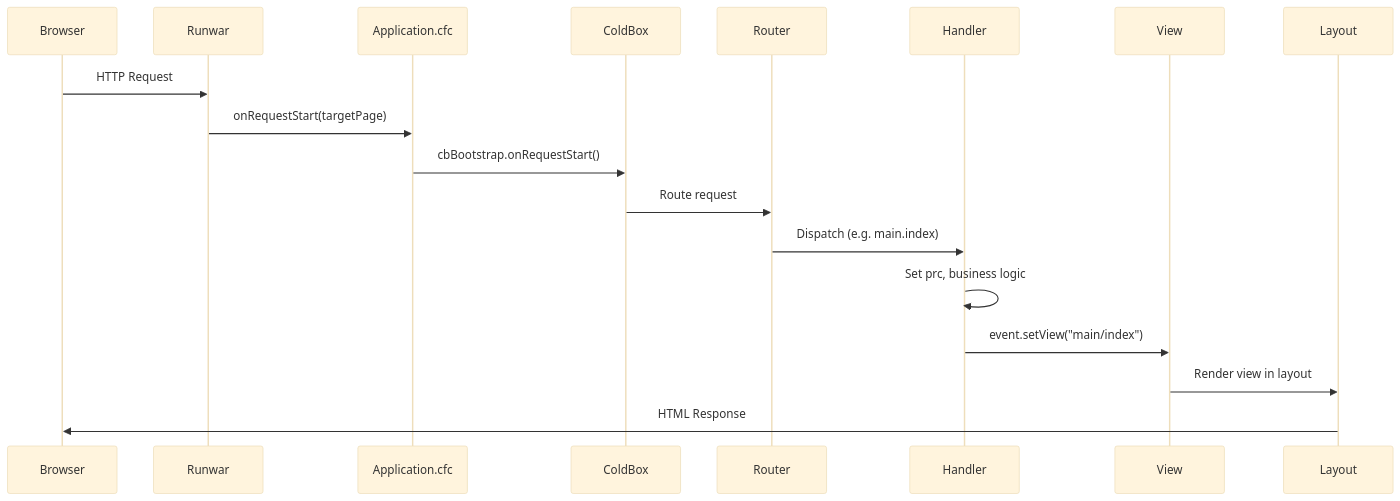
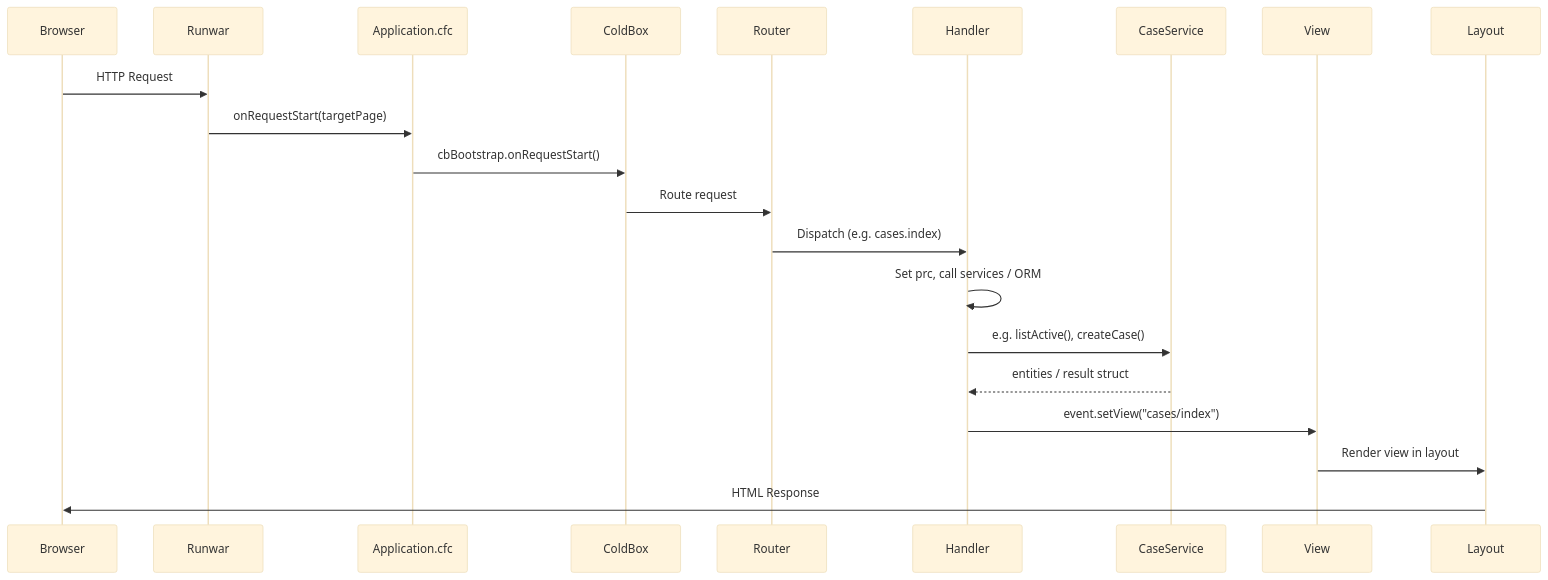
One commit to mattburnett-repo/servepoint changed the first of 2 diagrams in design/mermaid/request-lifecycle.md. Above: the diagram before and after it, drawn with Mermaid (base theme). The commit also changed other lines of this file and 24 other files, not shown here.

````diff
--- a/design/mermaid/request-lifecycle.md
+++ b/design/mermaid/request-lifecycle.md
@@ -5,21 +5,24 @@
 ```mermaid
 sequenceDiagram
     participant Browser
     participant Runwar
     participant AppCfc as Application.cfc
     participant ColdBox
     participant Router
     participant Handler
+    participant Service as CaseService
     participant View
     participant Layout
 
     Browser->>Runwar: HTTP Request
     Runwar->>AppCfc: onRequestStart(targetPage)
     AppCfc->>ColdBox: cbBootstrap.onRequestStart()
     ColdBox->>Router: Route request
-    Router->>Handler: Dispatch (e.g. main.index)
-    Handler->>Handler: Set prc, business logic
-    Handler->>View: event.setView("main/index")
+    Router->>Handler: Dispatch (e.g. cases.index)
+    Handler->>Handler: Set prc, call services / ORM
+    Handler->>Service: e.g. listActive(), createCase()
+    Service-->>Handler: entities / result struct
+    Handler->>View: event.setView("cases/index")
     View->>Layout: Render view in layout
     Layout->>Browser: HTML Response
 ```
````
